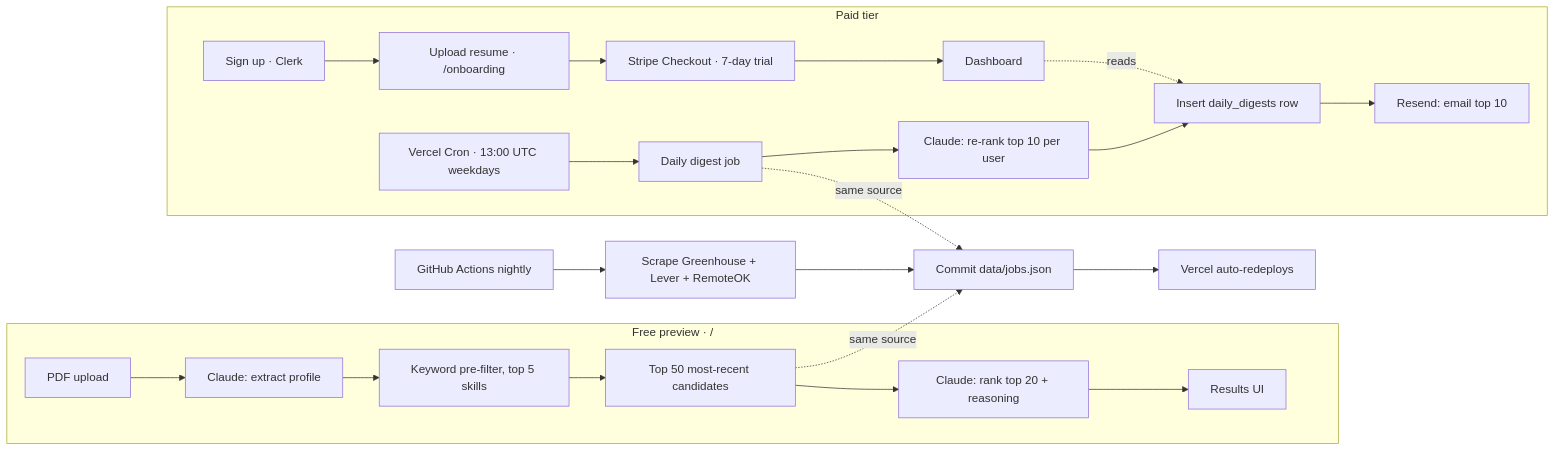
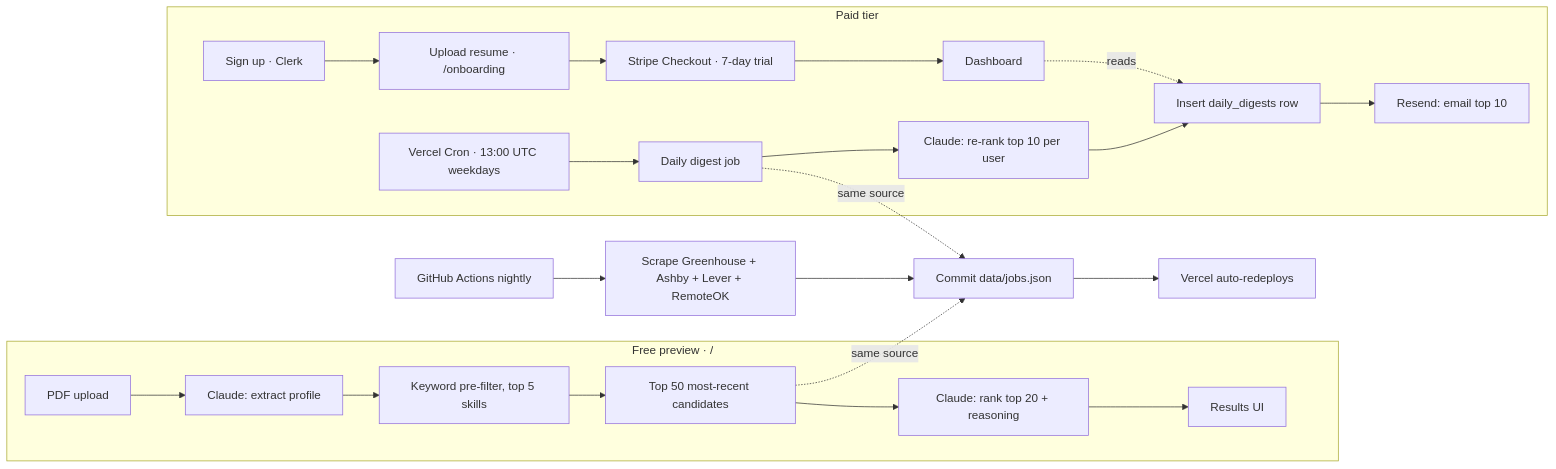
Before and after one commit to abdelrahmanebensahla/job-cannon: the diagram in README.md, drawn with Mermaid. The commit also changed other lines of this file and 66 other files, not shown here.

````diff
--- a/README.md
+++ b/README.md
@@ -15,27 +15,27 @@
 ```mermaid
 graph LR
   subgraph FREE [Free preview · /]
     A[PDF upload] --> B[Claude: extract profile]
     B --> C[Keyword pre-filter, top 5 skills]
     C --> D[Top 50 most-recent candidates]
     D --> E[Claude: rank top 20 + reasoning]
     E --> F[Results UI]
   end
 
   subgraph SAAS [Paid tier]
     G[Sign up · Clerk] --> H[Upload resume · /onboarding]
     H --> I[Stripe Checkout · 7-day trial]
     I --> J[Dashboard]
     K[Vercel Cron · 13:00 UTC weekdays] --> L[Daily digest job]
     L --> M[Claude: re-rank top 10 per user]
     M --> N[Insert daily_digests row]
     N --> O[Resend: email top 10]
     J -.reads.-> N
   end
 
-  P[GitHub Actions nightly] --> Q[Scrape Greenhouse + Lever + RemoteOK]
+  P[GitHub Actions nightly] --> Q[Scrape Greenhouse + Ashby + Lever + RemoteOK]
   Q --> R[Commit data/jobs.json]
   R --> S[Vercel auto-redeploys]
   D -.same source.-> R
   L -.same source.-> R
 ```
````
